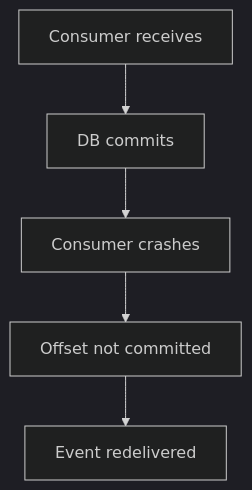
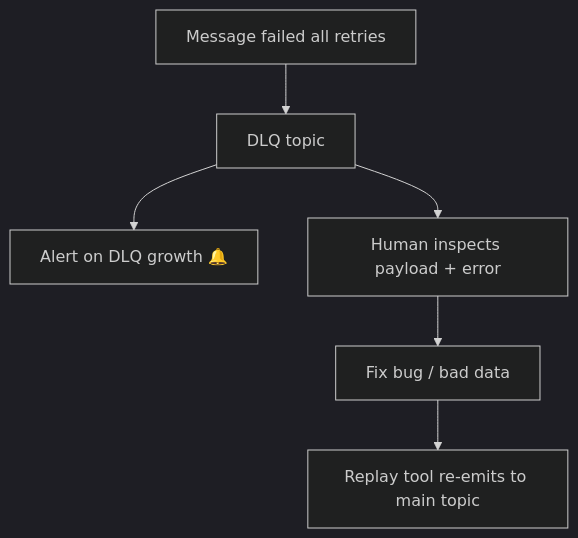
Before and after one commit to pankajThakur1874/studysheet: diagram 19 of 31 in files/08-edge-cases/Tier-4-Kafka-Deep-Dive.md, drawn with Mermaid (dark theme). The commit also changed other lines of this file and 5 other files, not shown here.

````diff
--- a/files/08-edge-cases/Tier-4-Kafka-Deep-Dive.md
+++ b/files/08-edge-cases/Tier-4-Kafka-Deep-Dive.md
@@ -395,7 +695,8 @@
 ```mermaid
 flowchart TD
-    CR["Consumer receives"] --> DB["DB commits"]
-    DB --> CC["Consumer crashes"]
-    CC --> NC["Offset not committed"]
-    NC --> RD["Event redelivered"]
+    Exhausted["Message failed all retries"] --> DLQ["DLQ topic"]
+    DLQ --> Mon["Alert on DLQ growth 🔔"]
+    DLQ --> Inspect["Human inspects payload + error"]
+    Inspect --> Fix["Fix bug / bad data"]
+    Fix --> Replay["Replay tool re-emits to main topic"]
 ```
````
